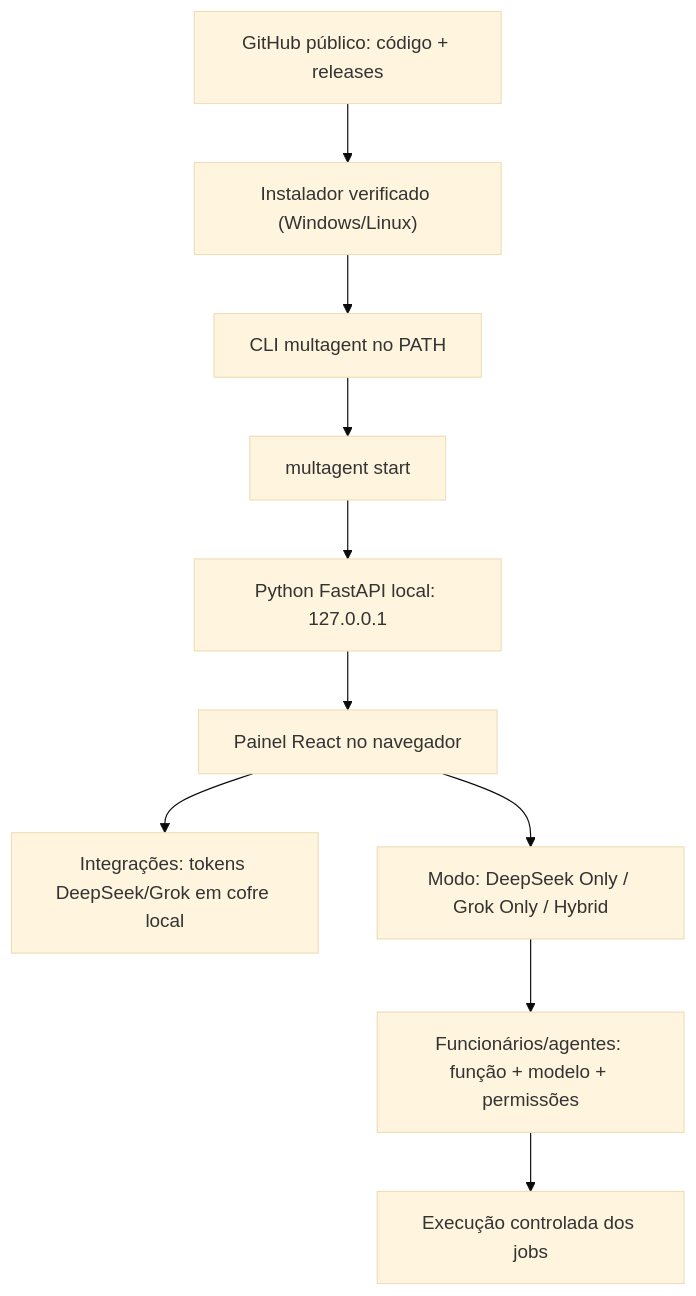
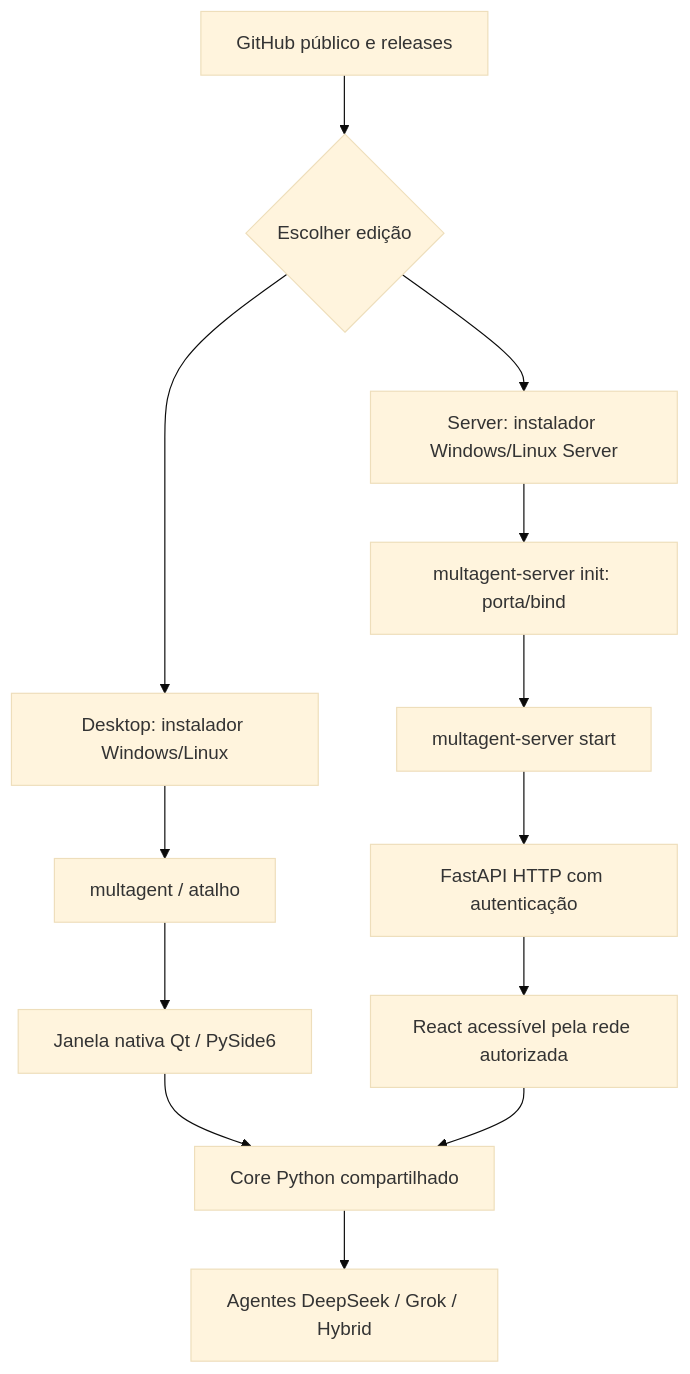
One commit to llongaray/MultAgent changed the diagram in org/04-distribuicao/README.md. Above: the diagram before and after it, drawn with Mermaid (base theme). The commit also changed other lines of this file, not shown here.

Commit message:
docs: distingue executavel Desktop nativo de edicao Server web

````diff
--- a/org/04-distribuicao/README.md
+++ b/org/04-distribuicao/README.md
@@ -21,12 +23,15 @@
 ```mermaid
 flowchart TD
-  G["GitHub público: código + releases"] --> I["Instalador verificado (Windows/Linux)"]
-  I --> CLI["CLI multagent no PATH"]
-  CLI --> START["multagent start"]
-  START --> API["Python FastAPI local: 127.0.0.1"]
-  API --> WEB["Painel React no navegador"]
-  WEB --> KEYS["Integrações: tokens DeepSeek/Grok em cofre local"]
-  WEB --> MODE["Modo: DeepSeek Only / Grok Only / Hybrid"]
-  MODE --> AGENTS["Funcionários/agentes: função + modelo + permissões"]
-  AGENTS --> RUN["Execução controlada dos jobs"]
+  GH["GitHub público e releases"] --> CHOICE{"Escolher edição"}
+  CHOICE --> D["Desktop: instalador Windows/Linux"]
+  CHOICE --> S["Server: instalador Windows/Linux Server"]
+  D --> RUN["multagent / atalho"]
+  RUN --> QT["Janela nativa Qt / PySide6"]
+  QT --> CORE["Core Python compartilhado"]
+  S --> INIT["multagent-server init: porta/bind"]
+  INIT --> START["multagent-server start"]
+  START --> HTTP["FastAPI HTTP com autenticação"]
+  HTTP --> REACT["React acessível pela rede autorizada"]
+  REACT --> CORE
+  CORE --> AG["Agentes DeepSeek / Grok / Hybrid"]
 ```
````
